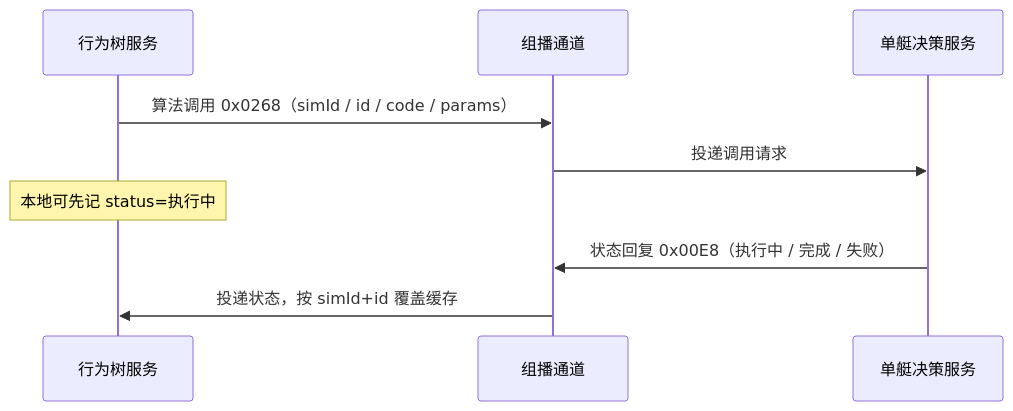
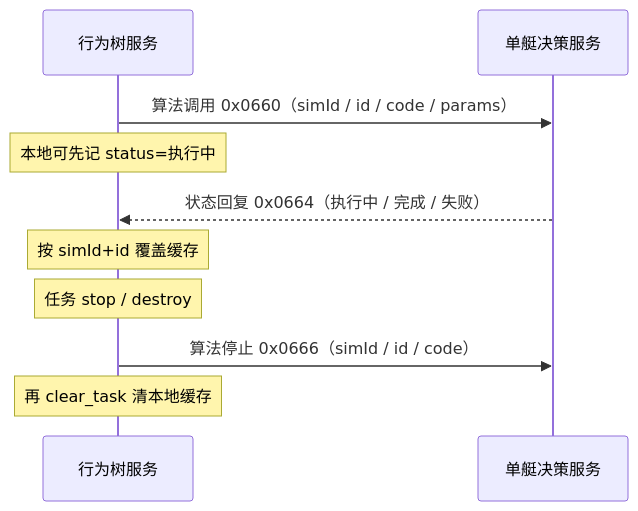
The first of 2 diagrams in docs/甲方接口/对接单艇决策服务.md (cocoder777/USV2DSimulator), drawn with Mermaid before and after one commit. The commit also changed other lines of this file and 4 other files, not shown here.

````diff
--- a/docs/甲方接口/对接单艇决策服务.md
+++ b/docs/甲方接口/对接单艇决策服务.md
@@ -13,11 +13,12 @@
 ```mermaid
 sequenceDiagram
     participant Bh as 行为树服务
-    participant Mcast as 组播通道
     participant Algo as 单艇决策服务
-    Bh ->> Mcast: 算法调用 0x0268（simId / id / code / params）
-    Mcast ->> Algo: 投递调用请求
+    Bh ->> Algo: 算法调用 0x0660（simId / id / code / params）
     Note over Bh: 本地可先记 status=执行中
-    Algo ->> Mcast: 状态回复 0x00E8（执行中 / 完成 / 失败）
-    Mcast ->> Bh: 投递状态，按 simId+id 覆盖缓存
+    Algo -->> Bh: 状态回复 0x0664（执行中 / 完成 / 失败）
+    Note over Bh: 按 simId+id 覆盖缓存
+    Note over Bh: 任务 stop / destroy
+    Bh ->> Algo: 算法停止 0x0666（simId / id / code）
+    Note over Bh: 再 clear_task 清本地缓存
 ```
````
